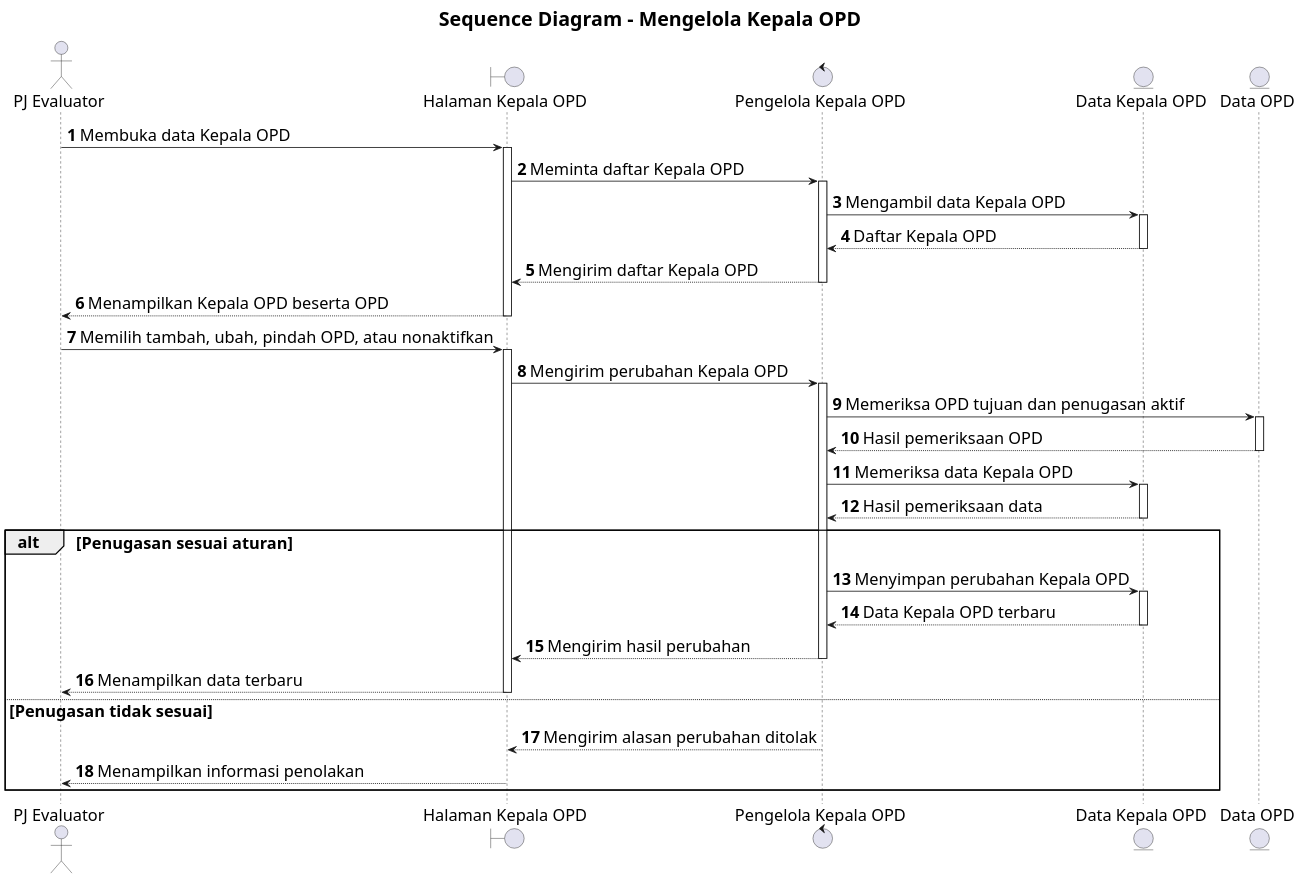
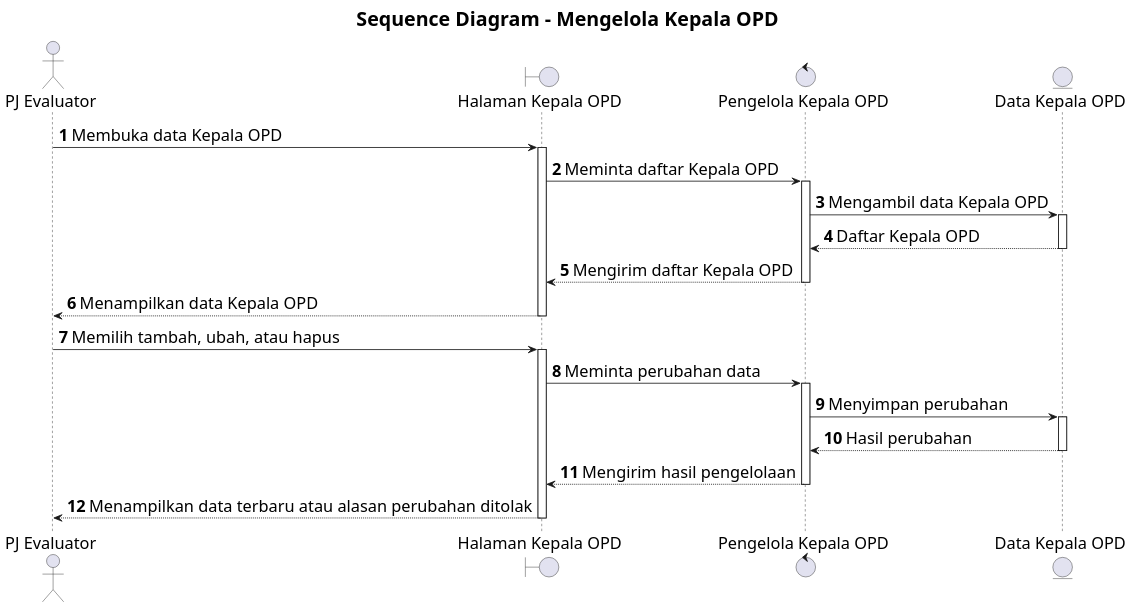
One commit to howlil/sop-generate-app changed the diagram in docs/sequence/lampiran/pj-evaluator-mengelola-kepala-opd.md. Above: the diagram before and after it, drawn with PlantUML. The commit also changed other lines of this file and 20 other files, not shown here.

Commit message:
docs(sequence): simplify interaction detail across use cases

````diff
--- a/docs/sequence/lampiran/pj-evaluator-mengelola-kepala-opd.md
+++ b/docs/sequence/lampiran/pj-evaluator-mengelola-kepala-opd.md
@@ -16,42 +16,31 @@
 ```plantuml
 @startuml
 skinparam defaultFontSize 20
 skinparam titleFontSize 24
 skinparam dpi 160
 
 title Sequence Diagram - Mengelola Kepala OPD
 autonumber
 autoactivate on
 
 actor "PJ Evaluator" as A
 boundary "Halaman Kepala OPD" as B
 control "Pengelola Kepala OPD" as C
 entity "Data Kepala OPD" as D
-entity "Data OPD" as E
 
 A -> B : Membuka data Kepala OPD
 B -> C : Meminta daftar Kepala OPD
 C -> D : Mengambil data Kepala OPD
 D --> C : Daftar Kepala OPD
 C --> B : Mengirim daftar Kepala OPD
-B --> A : Menampilkan Kepala OPD beserta OPD
+B --> A : Menampilkan data Kepala OPD
 
-A -> B : Memilih tambah, ubah, pindah OPD, atau nonaktifkan
-B -> C : Mengirim perubahan Kepala OPD
-C -> E : Memeriksa OPD tujuan dan penugasan aktif
-E --> C : Hasil pemeriksaan OPD
-C -> D : Memeriksa data Kepala OPD
-D --> C : Hasil pemeriksaan data
-
-alt Penugasan sesuai aturan
-  C -> D : Menyimpan perubahan Kepala OPD
-  D --> C : Data Kepala OPD terbaru
-  C --> B : Mengirim hasil perubahan
-  B --> A : Menampilkan data terbaru
-else Penugasan tidak sesuai
-  C --> B : Mengirim alasan perubahan ditolak
-  B --> A : Menampilkan informasi penolakan
-end
+A -> B : Memilih tambah, ubah, atau hapus
+B -> C : Meminta perubahan data
+C -> D : Menyimpan perubahan
+D --> C : Hasil perubahan
+C --> B : Mengirim hasil pengelolaan
+B --> A : Menampilkan data terbaru atau alasan perubahan ditolak
 
 @enduml
 ```
````
